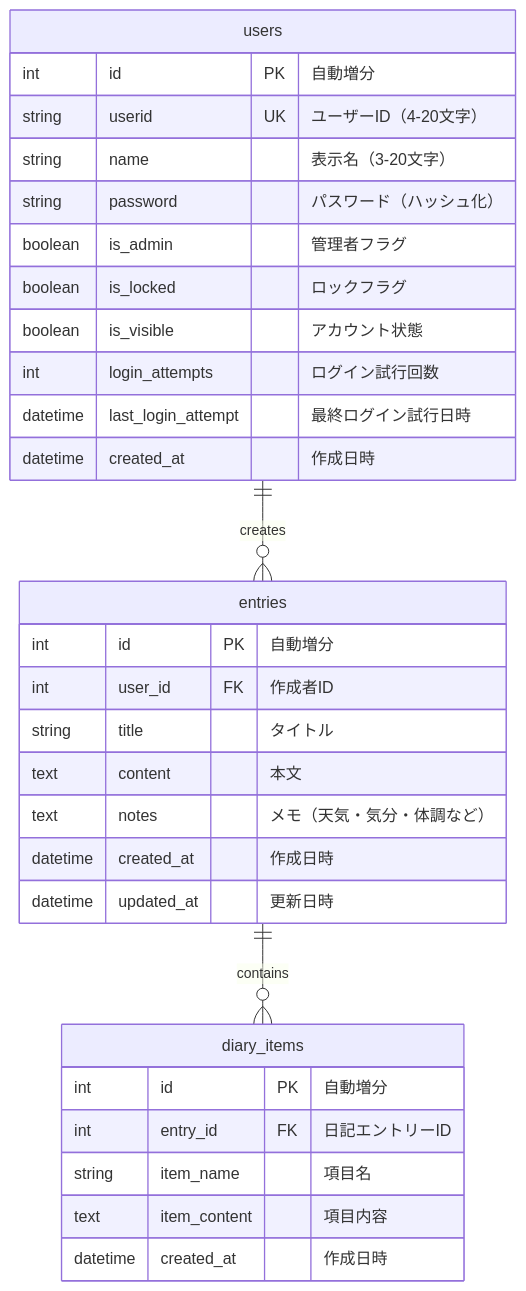
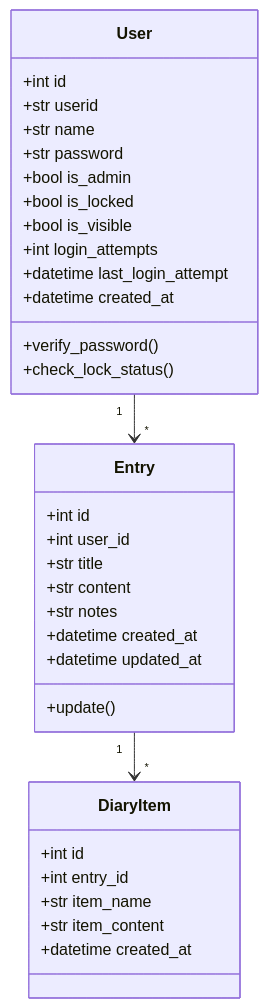
The second of 2 diagrams in docs/diagrams_ja.md (sougetuOte/LifeLog), drawn with Mermaid before and after one commit. The commit also changed other lines of this file and 17 other files, not shown here.

````diff
--- a/docs/diagrams_ja.md
+++ b/docs/diagrams_ja.md
@@ -228,36 +42,39 @@
 ```mermaid
-erDiagram
-    users {
-        int id PK "自動増分"
-        string userid UK "ユーザーID（4-20文字）"
-        string name "表示名（3-20文字）"
-        string password "パスワード（ハッシュ化）"
-        boolean is_admin "管理者フラグ"
-        boolean is_locked "ロックフラグ"
-        boolean is_visible "アカウント状態"
-        int login_attempts "ログイン試行回数"
-        datetime last_login_attempt "最終ログイン試行日時"
-        datetime created_at "作成日時"
+classDiagram
+    class User {
+        +int id
+        +str userid
+        +str name
+        +str password
+        +bool is_admin
+        +bool is_locked
+        +bool is_visible
+        +int login_attempts
+        +datetime last_login_attempt
+        +datetime created_at
+        +verify_password()
+        +check_lock_status()
     }
-
-    entries {
-        int id PK "自動増分"
-        int user_id FK "作成者ID"
-        string title "タイトル"
-        text content "本文"
-        text notes "メモ（天気・気分・体調など）"
-        datetime created_at "作成日時"
-        datetime updated_at "更新日時"
+    
+    class Entry {
+        +int id
+        +int user_id
+        +str title
+        +str content
+        +str notes
+        +datetime created_at
+        +datetime updated_at
+        +update()
     }
-
-    diary_items {
-        int id PK "自動増分"
-        int entry_id FK "日記エントリーID"
-        string item_name "項目名"
-        text item_content "項目内容"
-        datetime created_at "作成日時"
+    
+    class DiaryItem {
+        +int id
+        +int entry_id
+        +str item_name
+        +str item_content
+        +datetime created_at
     }
-
-    users ||--o{ entries : "creates"
-    entries ||--o{ diary_items : "contains"
+    
+    User "1" --> "*" Entry
+    Entry "1" --> "*" DiaryItem
 ```
````
